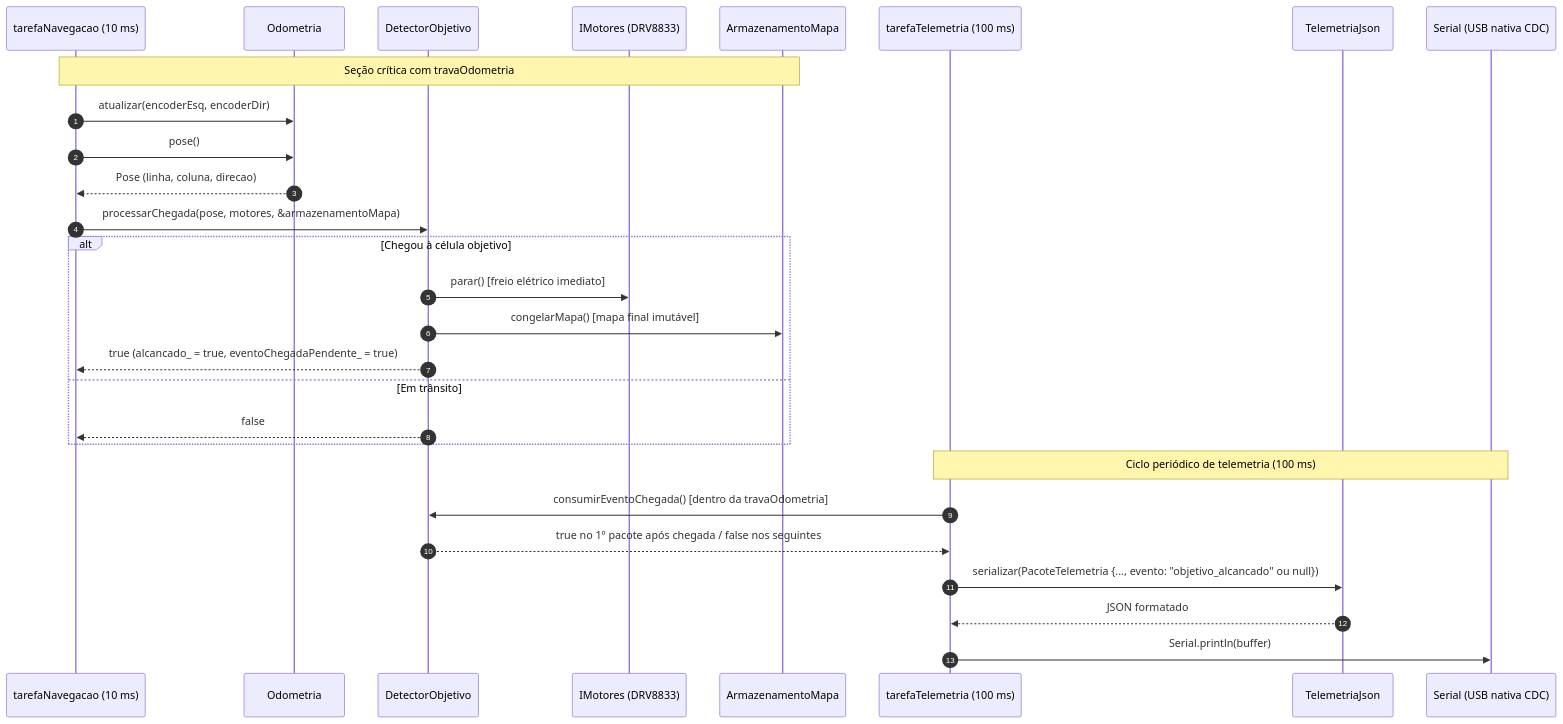
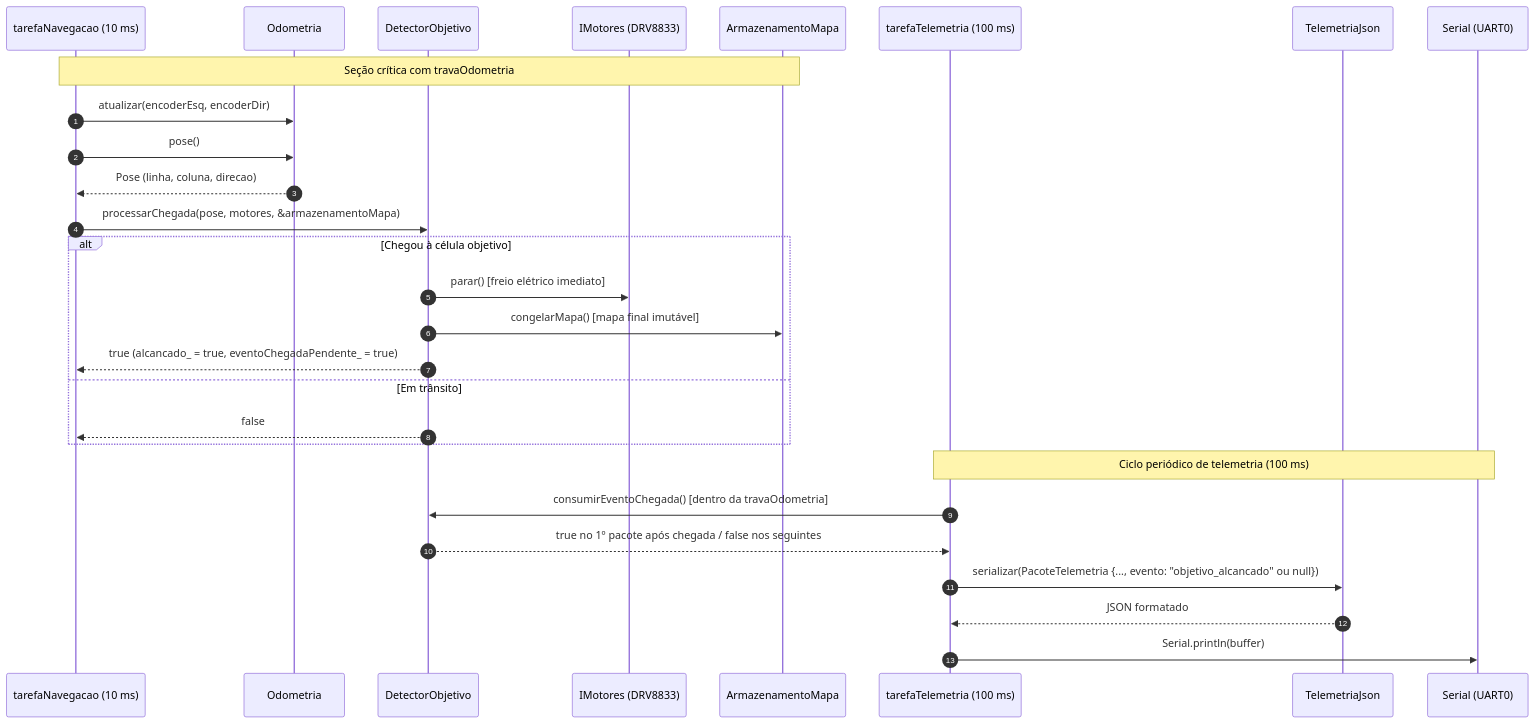
One commit to fcte-pi1/2026_2_PI1_Grupo01_Hilmer changed diagram 12 of 22 in docs/04-projeto-conceitual/firmware.md. Above: the diagram before and after it, drawn with Mermaid. The commit also changed other lines of this file and 6 other files, not shown here.

````diff
--- a/docs/04-projeto-conceitual/firmware.md
+++ b/docs/04-projeto-conceitual/firmware.md
@@ -918,31 +921,31 @@
 ```mermaid
 sequenceDiagram
     autonumber
     participant N as tarefaNavegacao (10 ms)
     participant O as Odometria
     participant D as DetectorObjetivo
     participant M as IMotores (DRV8833)
     participant A as ArmazenamentoMapa
     participant T as tarefaTelemetria (100 ms)
     participant J as TelemetriaJson
-    participant S as Serial (USB nativa CDC)
+    participant S as Serial (UART0)
 
     Note over N,A: Seção crítica com travaOdometria
     N->>O: atualizar(encoderEsq, encoderDir)
     N->>O: pose()
     O-->>N: Pose (linha, coluna, direcao)
     N->>D: processarChegada(pose, motores, &armazenamentoMapa)
     alt Chegou à célula objetivo
         D->>M: parar() [freio elétrico imediato]
         D->>A: congelarMapa() [mapa final imutável]
         D-->>N: true (alcancado_ = true, eventoChegadaPendente_ = true)
     else Em trânsito
         D-->>N: false
     end
     Note over T,S: Ciclo periódico de telemetria (100 ms)
     T->>D: consumirEventoChegada() [dentro da travaOdometria]
     D-->>T: true no 1º pacote após chegada / false nos seguintes
     T->>J: serializar(PacoteTelemetria {..., evento: "objetivo_alcancado" ou null})
     J-->>T: JSON formatado
     T->>S: Serial.println(buffer)
 ```
````
